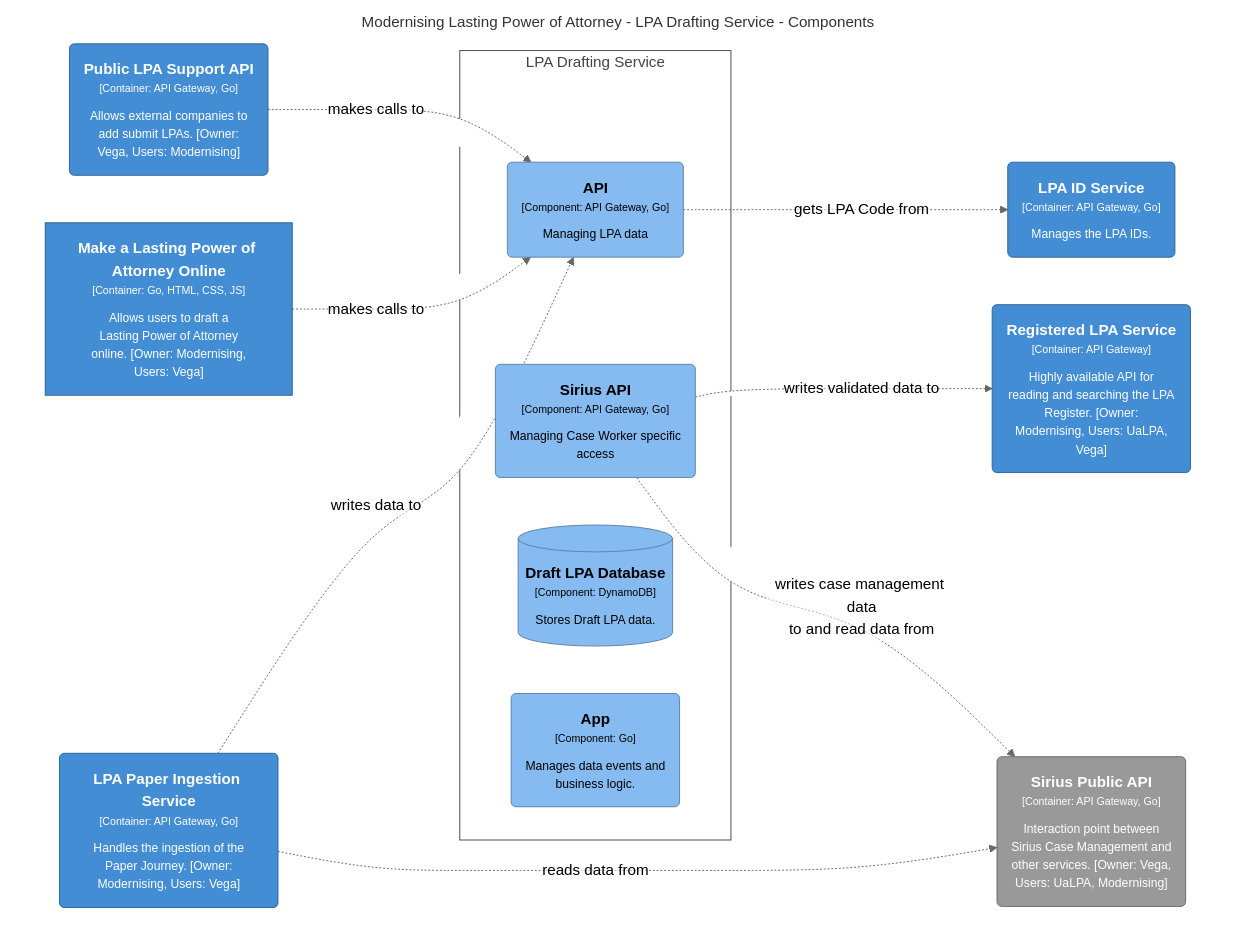
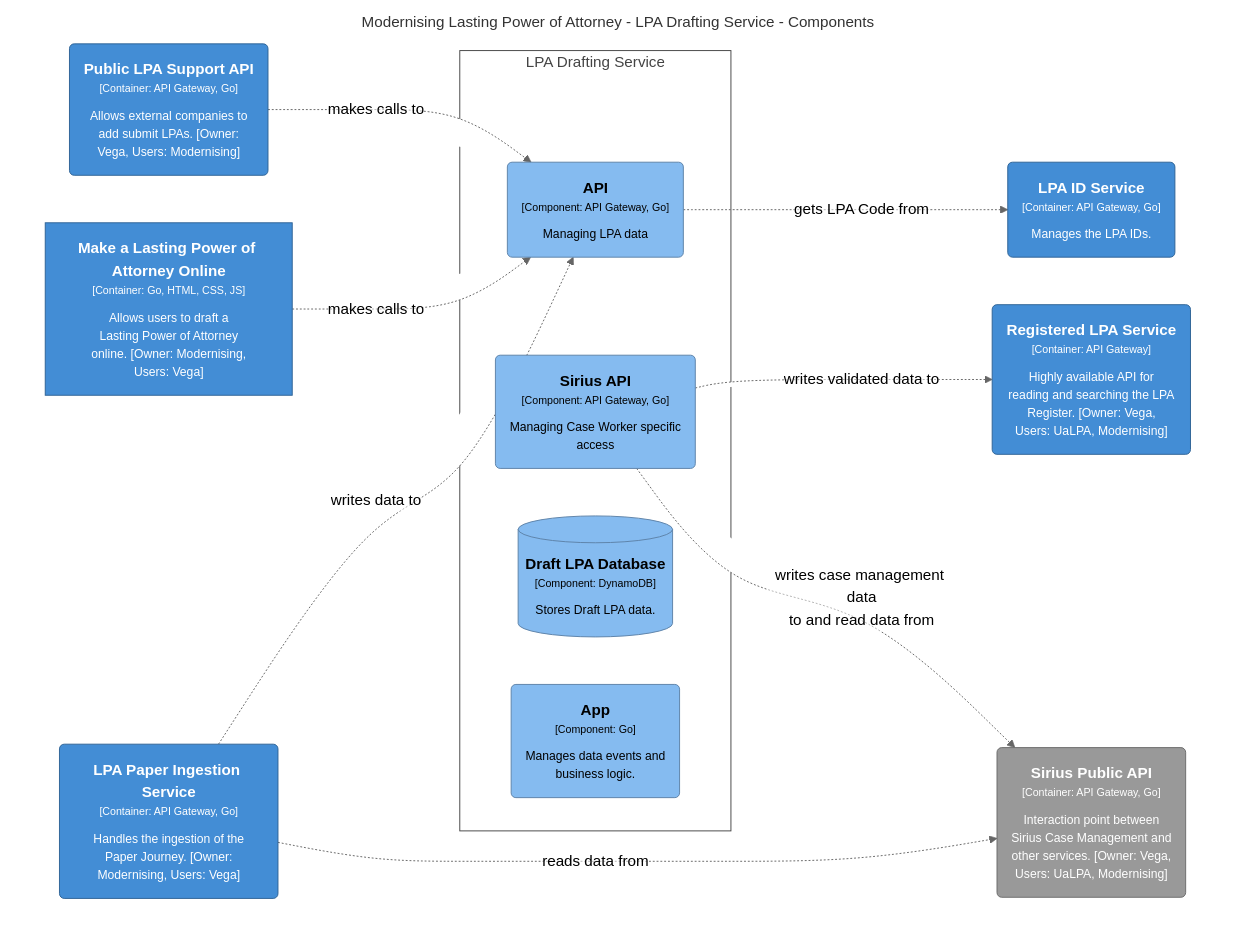
The diagram in docs/architecture/dsl/mlpa/structurizr-1-StagingApiComponents.mmd (ministryofjustice/opg-modernising-lpa), drawn with Mermaid (neutral theme) before and after one commit. The commit also changed 5 other files, not shown here.

Commit message:
Update mermaid files

```diff
--- a/docs/architecture/dsl/mlpa/structurizr-1-StagingApiComponents.mmd
+++ b/docs/architecture/dsl/mlpa/structurizr-1-StagingApiComponents.mmd
@@ -1,40 +1,40 @@
 graph TB
   linkStyle default fill:#ffffff
 
   subgraph diagram [Modernising Lasting Power of Attorney - LPA Drafting Service - Components]
     style diagram fill:#ffffff,stroke:#ffffff
 
     23("<div style='font-weight: bold'>LPA Paper Ingestion Service</div><div style='font-size: 70%; margin-top: 0px'>[Container: API Gateway, Go]</div><div style='font-size: 80%; margin-top:10px'>Handles the ingestion of the<br />Paper Journey. [Owner:<br />Modernising, Users: Vega]</div>")
     style 23 fill:#438dd5,stroke:#2e6295,color:#ffffff
+    24("<div style='font-weight: bold'>Sirius Public API</div><div style='font-size: 70%; margin-top: 0px'>[Container: API Gateway, Go]</div><div style='font-size: 80%; margin-top:10px'>Interaction point between<br />Sirius Case Management and<br />other services. [Owner: Vega,<br />Users: UaLPA, Modernising]</div>")
+    style 24 fill:#999999,stroke:#6b6b6b,color:#ffffff
     13("<div style='font-weight: bold'>Public LPA Support API</div><div style='font-size: 70%; margin-top: 0px'>[Container: API Gateway, Go]</div><div style='font-size: 80%; margin-top:10px'>Allows external companies to<br />add submit LPAs. [Owner:<br />Vega, Users: Modernising]</div>")
     style 13 fill:#438dd5,stroke:#2e6295,color:#ffffff
-    24("<div style='font-weight: bold'>Sirius Public API</div><div style='font-size: 70%; margin-top: 0px'>[Container: API Gateway, Go]</div><div style='font-size: 80%; margin-top:10px'>Interaction point between<br />Sirius Case Management and<br />other services. [Owner: Vega,<br />Users: UaLPA, Modernising]</div>")
-    style 24 fill:#999999,stroke:#6b6b6b,color:#ffffff
     14("<div style='font-weight: bold'>LPA ID Service</div><div style='font-size: 70%; margin-top: 0px'>[Container: API Gateway, Go]</div><div style='font-size: 80%; margin-top:10px'>Manages the LPA IDs.</div>")
     style 14 fill:#438dd5,stroke:#2e6295,color:#ffffff
     4["<div style='font-weight: bold'>Make a Lasting Power of Attorney Online</div><div style='font-size: 70%; margin-top: 0px'>[Container: Go, HTML, CSS, JS]</div><div style='font-size: 80%; margin-top:10px'>Allows users to draft a<br />Lasting Power of Attorney<br />online. [Owner: Modernising,<br />Users: Vega]</div>"]
     style 4 fill:#438dd5,stroke:#2e6295,color:#ffffff
-    18("<div style='font-weight: bold'>Registered LPA Service</div><div style='font-size: 70%; margin-top: 0px'>[Container: API Gateway]</div><div style='font-size: 80%; margin-top:10px'>Highly available API for<br />reading and searching the LPA<br />Register. [Owner:<br />Modernising, Users: UaLPA,<br />Vega]</div>")
+    18("<div style='font-weight: bold'>Registered LPA Service</div><div style='font-size: 70%; margin-top: 0px'>[Container: API Gateway]</div><div style='font-size: 80%; margin-top:10px'>Highly available API for<br />reading and searching the LPA<br />Register. [Owner: Vega,<br />Users: UaLPA, Modernising]</div>")
     style 18 fill:#438dd5,stroke:#2e6295,color:#ffffff
 
     subgraph 8 [LPA Drafting Service]
       style 8 fill:#ffffff,stroke:#444444,color:#444444
 
       10("<div style='font-weight: bold'>Sirius API</div><div style='font-size: 70%; margin-top: 0px'>[Component: API Gateway, Go]</div><div style='font-size: 80%; margin-top:10px'>Managing Case Worker specific<br />access</div>")
       style 10 fill:#85bbf0,stroke:#5d82a8,color:#000000
       11[("<div style='font-weight: bold'>Draft LPA Database</div><div style='font-size: 70%; margin-top: 0px'>[Component: DynamoDB]</div><div style='font-size: 80%; margin-top:10px'>Stores Draft LPA data.</div>")]
       style 11 fill:#85bbf0,stroke:#5d82a8,color:#000000
       12("<div style='font-weight: bold'>App</div><div style='font-size: 70%; margin-top: 0px'>[Component: Go]</div><div style='font-size: 80%; margin-top:10px'>Manages data events and<br />business logic.</div>")
       style 12 fill:#85bbf0,stroke:#5d82a8,color:#000000
       9("<div style='font-weight: bold'>API</div><div style='font-size: 70%; margin-top: 0px'>[Component: API Gateway, Go]</div><div style='font-size: 80%; margin-top:10px'>Managing LPA data</div>")
       style 9 fill:#85bbf0,stroke:#5d82a8,color:#000000
     end
 
     13-. "<div>makes calls to</div><div style='font-size: 70%'></div>" .->9
     4-. "<div>makes calls to</div><div style='font-size: 70%'></div>" .->9
     9-. "<div>gets LPA Code from</div><div style='font-size: 70%'></div>" .->14
     10-. "<div>writes validated data to</div><div style='font-size: 70%'></div>" .->18
     10-. "<div>writes case management data<br />to and read data from</div><div style='font-size: 70%'></div>" .->24
     23-. "<div>reads data from</div><div style='font-size: 70%'></div>" .->24
     23-. "<div>writes data to</div><div style='font-size: 70%'></div>" .->9
   end
```
